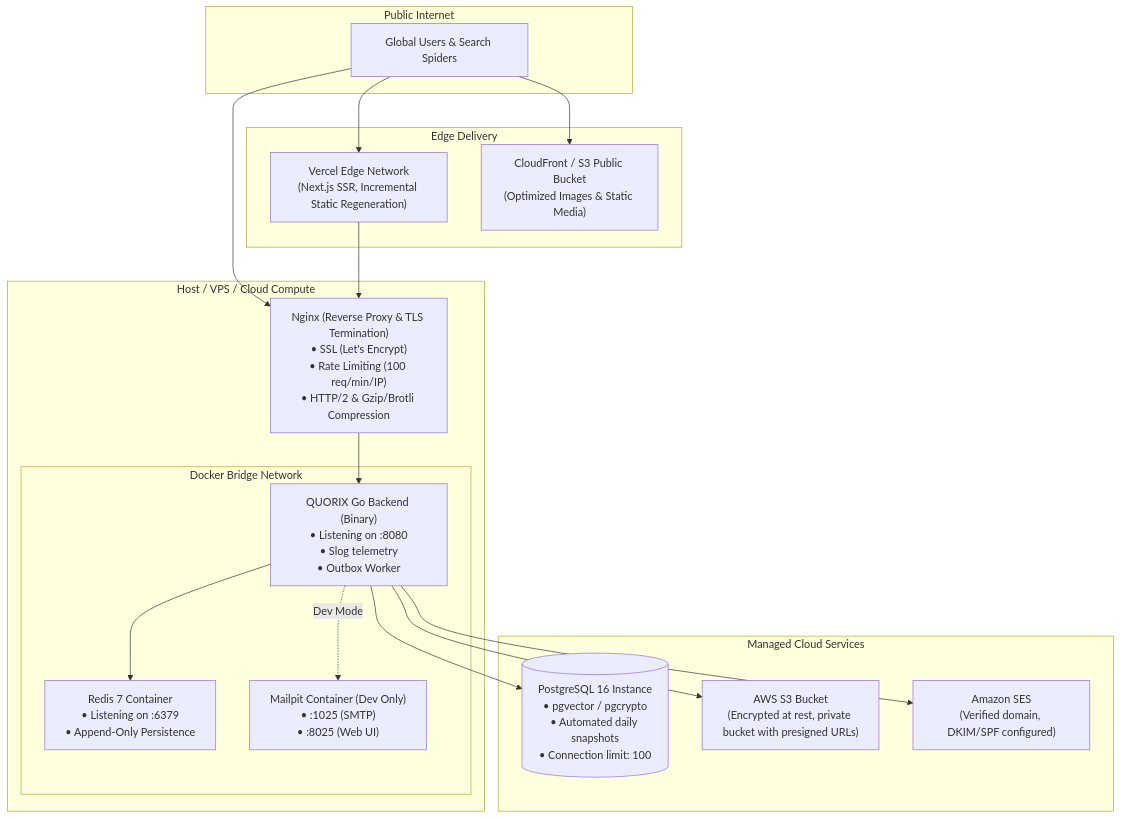
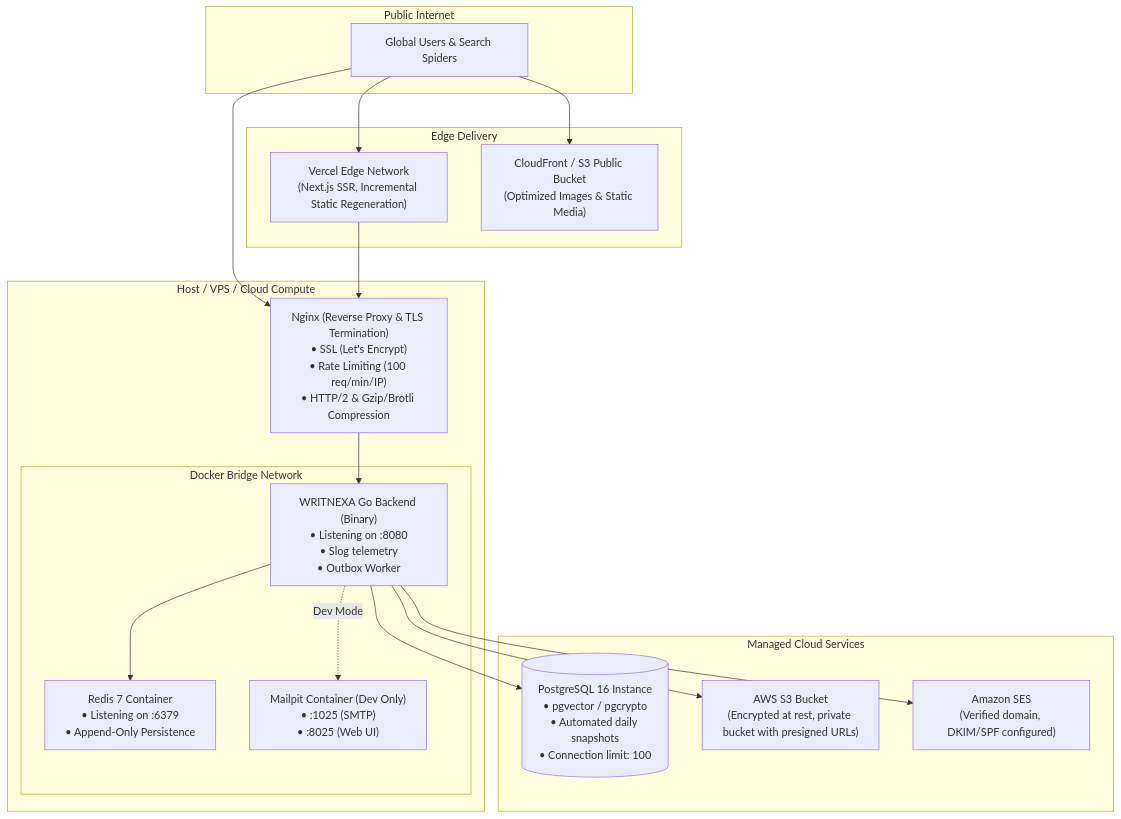
One commit to krishna99-tech/writnexa changed the fourth of 4 diagrams in docs/ARCHITECTURE.md. Above: the diagram before and after it, drawn with Mermaid. The commit also changed other lines of this file and 22 other files, not shown here.

````diff
--- a/docs/ARCHITECTURE.md
+++ b/docs/ARCHITECTURE.md
@@ -314,38 +314,38 @@
 ```mermaid
 flowchart TD
     subgraph Internet["Public Internet"]
         Users["Global Users & Search Spiders"]
     end
 
     subgraph CDNLayer["Edge Delivery"]
         VercelCDN["Vercel Edge Network\n(Next.js SSR, Incremental Static Regeneration)"]
         S3CDN["CloudFront / S3 Public Bucket\n(Optimized Images & Static Media)"]
     end
 
     subgraph Compute["Host / VPS / Cloud Compute"]
         NginxProxy["Nginx (Reverse Proxy & TLS Termination)\n• SSL (Let's Encrypt)\n• Rate Limiting (100 req/min/IP)\n• HTTP/2 & Gzip/Brotli Compression"]
       
         subgraph DockerNet["Docker Bridge Network"]
-            GoApp["QUORIX Go Backend (Binary)\n• Listening on :8080\n• Slog telemetry\n• Outbox Worker"]
+            GoApp["WRITNEXA Go Backend (Binary)\n• Listening on :8080\n• Slog telemetry\n• Outbox Worker"]
             RedisInst["Redis 7 Container\n• Listening on :6379\n• Append-Only Persistence"]
             MailpitDev["Mailpit Container (Dev Only)\n• :1025 (SMTP)\n• :8025 (Web UI)"]
         end
     end
 
     subgraph ManagedServices["Managed Cloud Services"]
         PGManaged[("PostgreSQL 16 Instance\n• pgvector / pgcrypto\n• Automated daily snapshots\n• Connection limit: 100")]
         AWSS3["AWS S3 Bucket\n(Encrypted at rest, private bucket with presigned URLs)"]
         AWSSES["Amazon SES\n(Verified domain, DKIM/SPF configured)"]
     end
 
     Users --> VercelCDN
     Users --> S3CDN
     Users --> NginxProxy
     VercelCDN --> NginxProxy
     NginxProxy --> GoApp
     GoApp --> RedisInst
     GoApp --> PGManaged
     GoApp --> AWSS3
     GoApp --> AWSSES
     GoApp -.->|Dev Mode| MailpitDev
 ```
````
